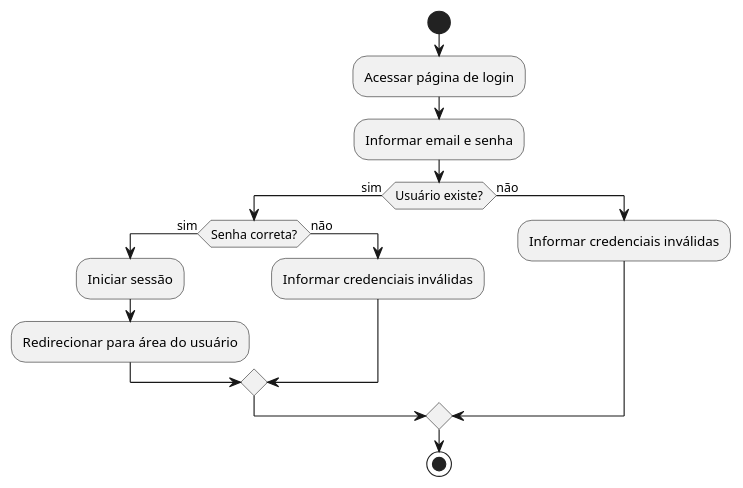
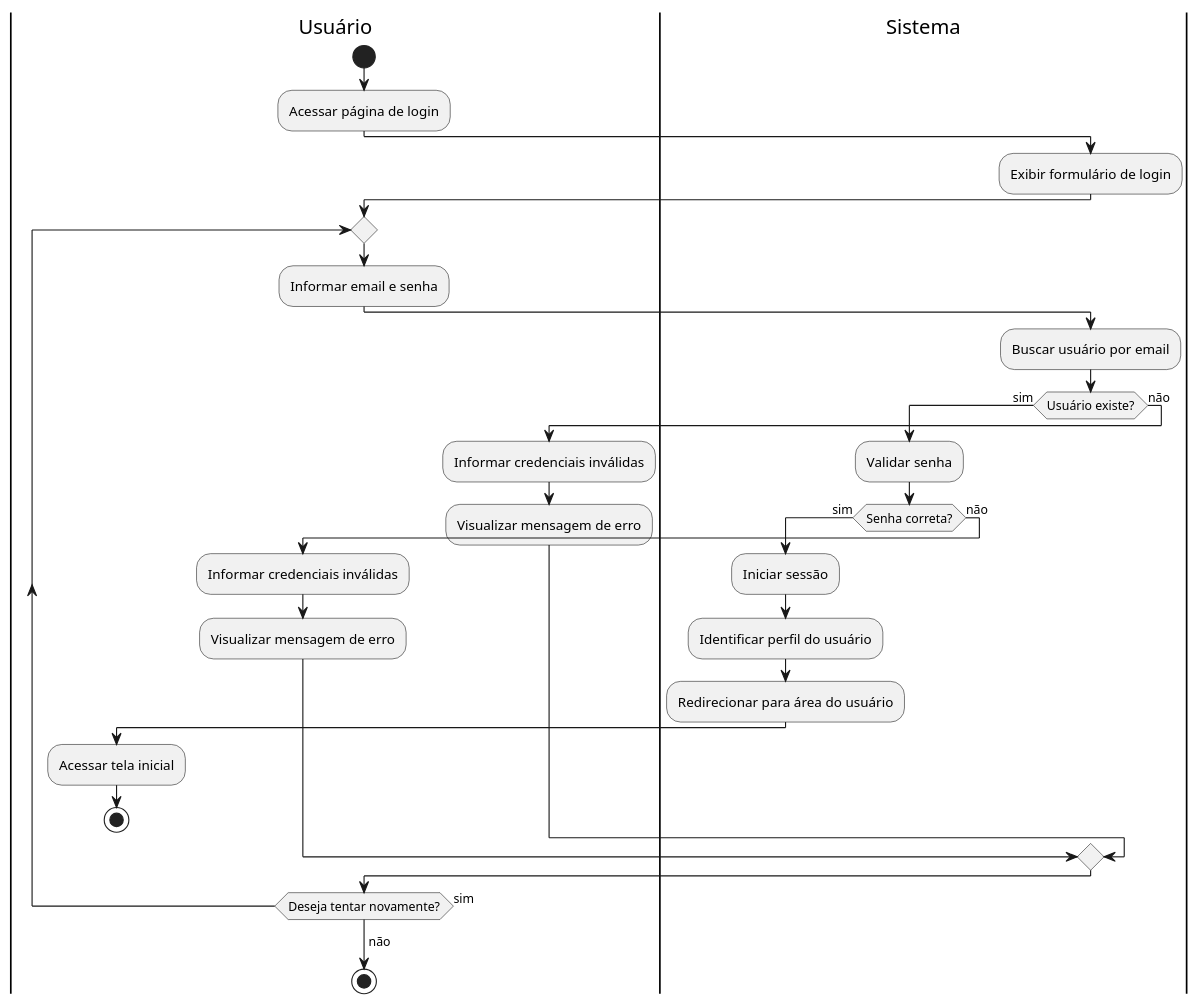
One commit to viniciusdias2902/modelagem_uml changed the diagram in atividades/Caso_03_Atividade.puml. Above: the diagram before and after it, drawn with PlantUML. The commit also changed 32 other files, not shown here.

Commit message:
Correção dos diagramas de atividade

```diff
--- a/atividades/Caso_03_Atividade.puml
+++ b/atividades/Caso_03_Atividade.puml
@@ -1,16 +1,45 @@
 @startuml
+|Usuário|
 start
 :Acessar página de login;
-:Informar email e senha;
-if (Usuário existe?) then (sim)
-  if (Senha correta?) then (sim)
-    :Iniciar sessão;
-    :Redirecionar para área do usuário;
+
+|Sistema|
+:Exibir formulário de login;
+
+|Usuário|
+repeat
+  :Informar email e senha;
+  
+  |Sistema|
+  :Buscar usuário por email;
+  
+  if (Usuário existe?) then (sim)
+    :Validar senha;
+    
+    if (Senha correta?) then (sim)
+      :Iniciar sessão;
+      :Identificar perfil do usuário;
+      :Redirecionar para área do usuário;
+      
+      |Usuário|
+      :Acessar tela inicial;
+      stop
+    else (não)
+      :Informar credenciais inválidas;
+      
+      |Usuário|
+      :Visualizar mensagem de erro;
+    endif
   else (não)
     :Informar credenciais inválidas;
+    
+    |Usuário|
+    :Visualizar mensagem de erro;
   endif
-else (não)
-  :Informar credenciais inválidas;
-endif
+  
+repeat while (Deseja tentar novamente?) is (sim)
+->não;
+
+|Usuário|
 stop
 @enduml
```
